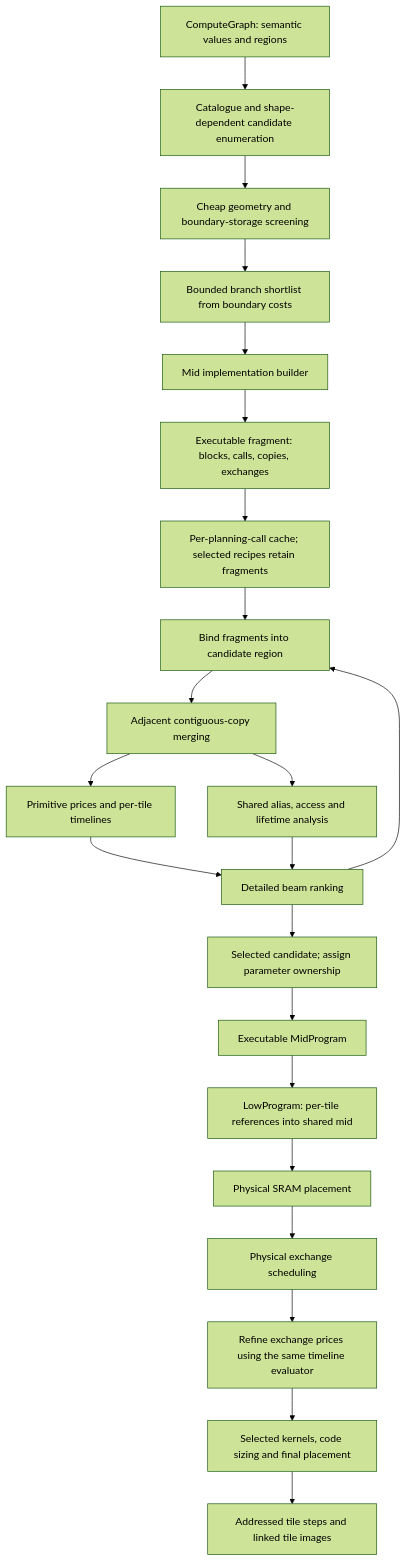
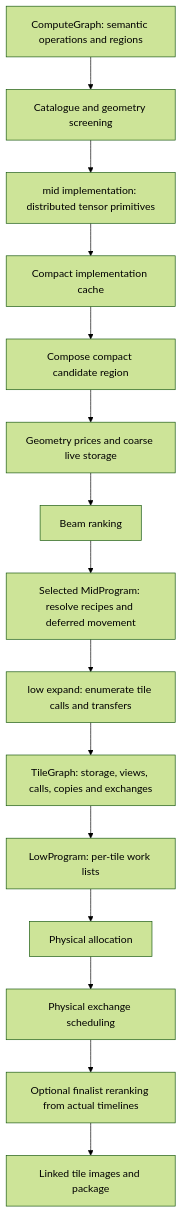
Before and after one commit to osmarks/ipu-stack: the first of 3 diagrams in docs/COMPILER_DATA_FLOW.md, drawn with Mermaid (forest theme). The commit also changed other lines of this file and 37 other files, not shown here.

Commit message:
Represent distributed primitives in mid and cost them without tile expansion

````diff
--- a/docs/COMPILER_DATA_FLOW.md
+++ b/docs/COMPILER_DATA_FLOW.md
@@ -9,24 +8,17 @@
 ```mermaid
 flowchart TD
-  G[ComputeGraph: semantic values and regions] --> C[Catalogue and shape-dependent candidate enumeration]
-  C --> H[Cheap geometry and boundary-storage screening]
-  H --> SHORT[Bounded branch shortlist from boundary costs]
-  SHORT --> B[Mid implementation builder]
-  B --> M[Executable fragment: blocks, calls, copies, exchanges]
-  M --> CACHE[Per-planning-call cache; selected recipes retain fragments]
-  CACHE --> JOIN[Bind fragments into candidate region]
-  JOIN --> PASS[Adjacent contiguous-copy merging]
-  PASS --> P[Primitive prices and per-tile timelines]
-  PASS --> A[Shared alias, access and lifetime analysis]
-  P --> BEAM[Detailed beam ranking]
-  A --> BEAM
-  BEAM --> JOIN
-  BEAM --> FINAL[Selected candidate; assign parameter ownership]
-  FINAL --> MID[Executable MidProgram]
-  MID --> LOW[LowProgram: per-tile references into shared mid]
-  LOW --> PLACE[Physical SRAM placement]
-  PLACE --> X[Physical exchange scheduling]
-  X --> R[Refine exchange prices using the same timeline evaluator]
-  R --> K[Selected kernels, code sizing and final placement]
-  K --> T[Addressed tile steps and linked tile images]
+  G[ComputeGraph: semantic operations and regions] --> C[Catalogue and geometry screening]
+  C --> B[mid implementation: distributed tensor primitives]
+  B --> CACHE[Compact implementation cache]
+  CACHE --> REGION[Compose compact candidate region]
+  REGION --> COST[Geometry prices and coarse live storage]
+  COST --> BEAM[Beam ranking]
+  BEAM --> FINAL[Selected MidProgram: resolve recipes and deferred movement]
+  FINAL --> EXPAND[low expand: enumerate tile calls and transfers]
+  EXPAND --> TG[TileGraph: storage, views, calls, copies and exchanges]
+  TG --> LOW[LowProgram: per-tile work lists]
+  LOW --> PLACE[Physical allocation]
+  PLACE --> EX[Physical exchange scheduling]
+  EX --> REFINE[Optional finalist reranking from actual timelines]
+  REFINE --> IMAGE[Linked tile images and package]
 ```
````
